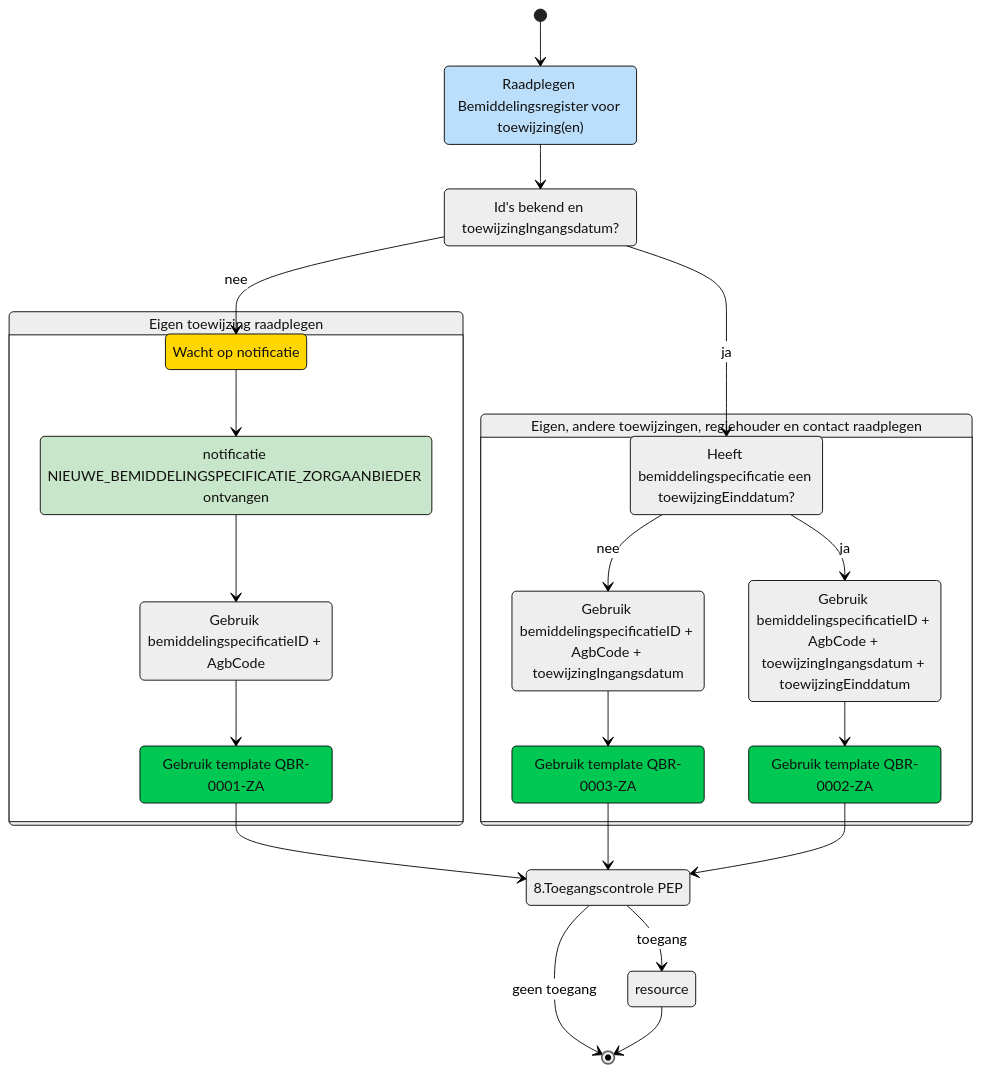
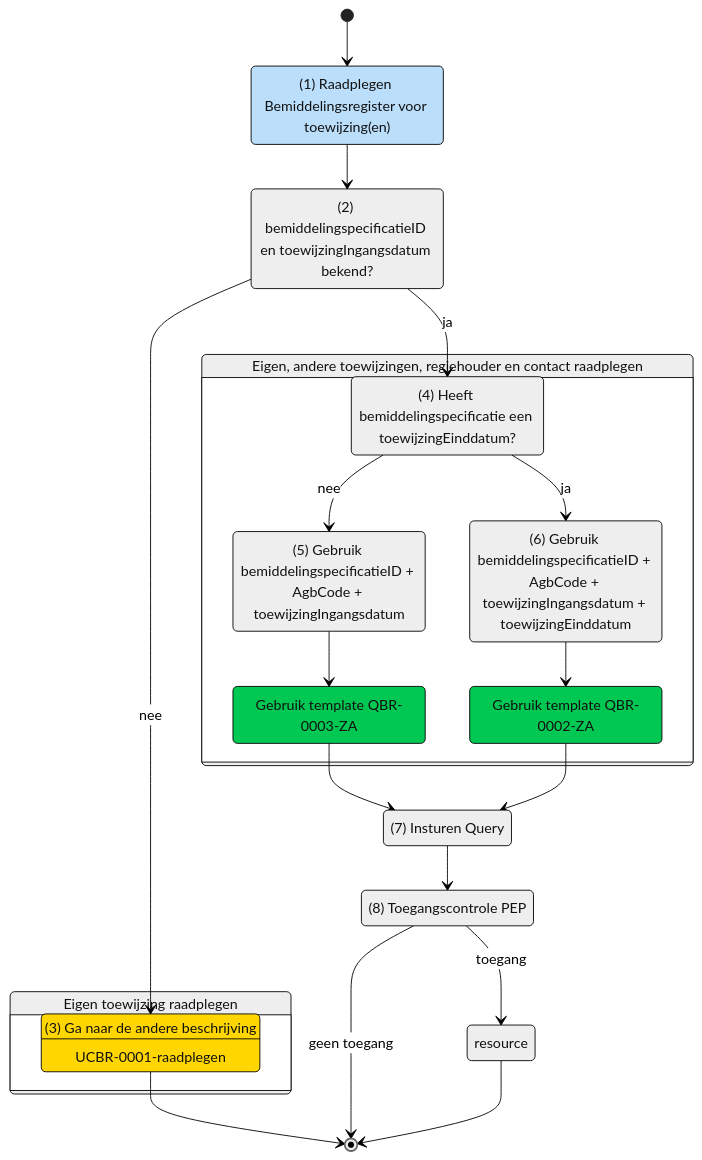
One commit to iStandaarden/iWlz-bemiddeling changed the second of 2 diagrams in raadplegen/zorgaanbieder/UCBR-0002_3-raadplegen.md. Above: the diagram before and after it, drawn with Mermaid. The commit also changed other lines of this file and 30 other files, not shown here.

````diff
--- a/raadplegen/zorgaanbieder/UCBR-0002_3-raadplegen.md
+++ b/raadplegen/zorgaanbieder/UCBR-0002_3-raadplegen.md
@@ -3,54 +57,56 @@
 ```mermaid
 ---
 config:
   theme: neutral
   look: classic
 ---
 stateDiagram
     [*] --> raadplegen
     state idAvailable <<choice>>
     raadplegen --> idAvailable
     idAvailable --> notifyWait: nee
     state eigen {
-      notifyWait --> notifyReceive
-      notifyReceive --> QBR0001ZAiq
-      QBR0001ZAiq --> QBR0001ZA
+      notifyWait 
     }
+    notifyWait --> [*]
 
-    QBR0001ZA --> PEP
+
     
     state einddatum <<choice>>
     idAvailable --> einddatum: ja
     state andere {
       einddatum --> QBR0003ZAiq: nee
       einddatum --> QBR0002ZAiq: ja
       QBR0003ZAiq --> QBR0003ZA
       QBR0002ZAiq --> QBR0002ZA
     }
-    QBR0003ZA --> PEP
-    QBR0002ZA --> PEP 
+    QBR0003ZA --> SENT
+    QBR0002ZA --> SENT 
+    SENT --> PEP
     PEP --> [*]: geen toegang
     PEP --> resource: toegang
     resource --> [*]
 
 
-    raadplegen: Raadplegen Bemiddelingsregister voor toewijzing(en)
+    raadplegen: (1) Raadplegen Bemiddelingsregister voor toewijzing(en)
     eigen: Eigen toewijzing raadplegen
     andere: Eigen, andere toewijzingen, regiehouder en contact raadplegen
-    idAvailable: Id's bekend en toewijzingIngangsdatum?
-    notifyWait: Wacht op notificatie
-    notifyReceive: notificatie NIEUWE_BEMIDDELINGSPECIFICATIE_ZORGAANBIEDER ontvangen
-    einddatum: Heeft bemiddelingspecificatie een toewijzingEinddatum?
-    QBR0001ZAiq: Gebruik bemiddelingspecificatieID + AgbCode
-    QBR0001ZA: Gebruik template QBR-0001-ZA
-    QBR0002ZAiq: Gebruik bemiddelingspecificatieID + AgbCode + toewijzingIngangsdatum + toewijzingEinddatum
+    idAvailable: (2) bemiddelingspecificatieID en toewijzingIngangsdatum bekend?
+    notifyWait: (3) Ga naar de andere beschrijving
+    notifyWait: UCBR-0001-raadplegen
+
+    einddatum: (4) Heeft bemiddelingspecificatie een toewijzingEinddatum?
+
+
+    QBR0002ZAiq: (6) Gebruik bemiddelingspecificatieID + AgbCode + toewijzingIngangsdatum + toewijzingEinddatum
     QBR0002ZA: Gebruik template QBR-0002-ZA
-    QBR0003ZAiq: Gebruik bemiddelingspecificatieID + AgbCode + toewijzingIngangsdatum
+    QBR0003ZAiq: (5) Gebruik bemiddelingspecificatieID + AgbCode + toewijzingIngangsdatum
     QBR0003ZA: Gebruik template QBR-0003-ZA
-        PEP: 8.Toegangscontrole PEP
+    SENT: (7) Insturen Query
+    PEP: (8) Toegangscontrole PEP
 
   style notifyWait fill:#FFD600
   style raadplegen fill:#BBDEFB,color:none
   style notifyReceive,haalData,inputQuery fill:#C8E6C9
   style QBR0001ZA,QBR0002ZA,QBR0003ZA fill:#00C853
 ```
````
